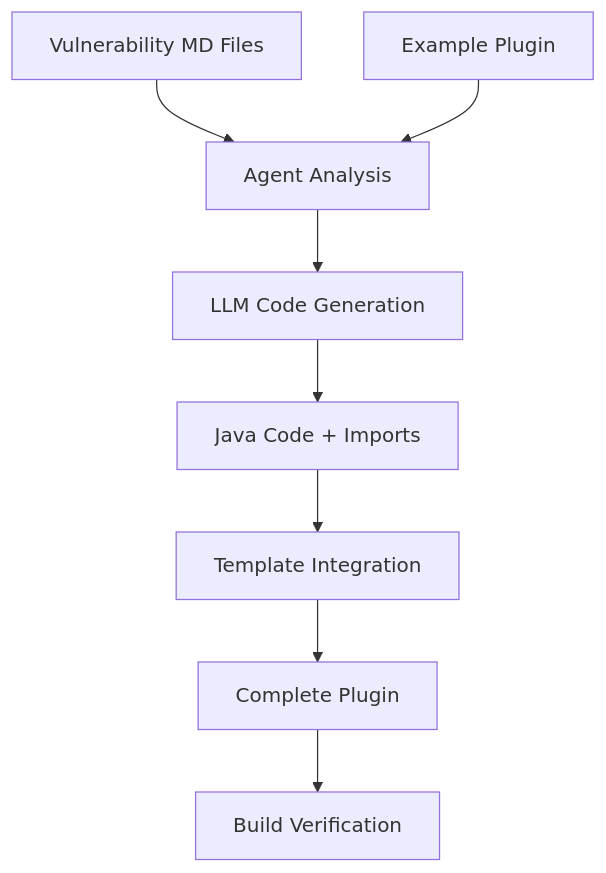
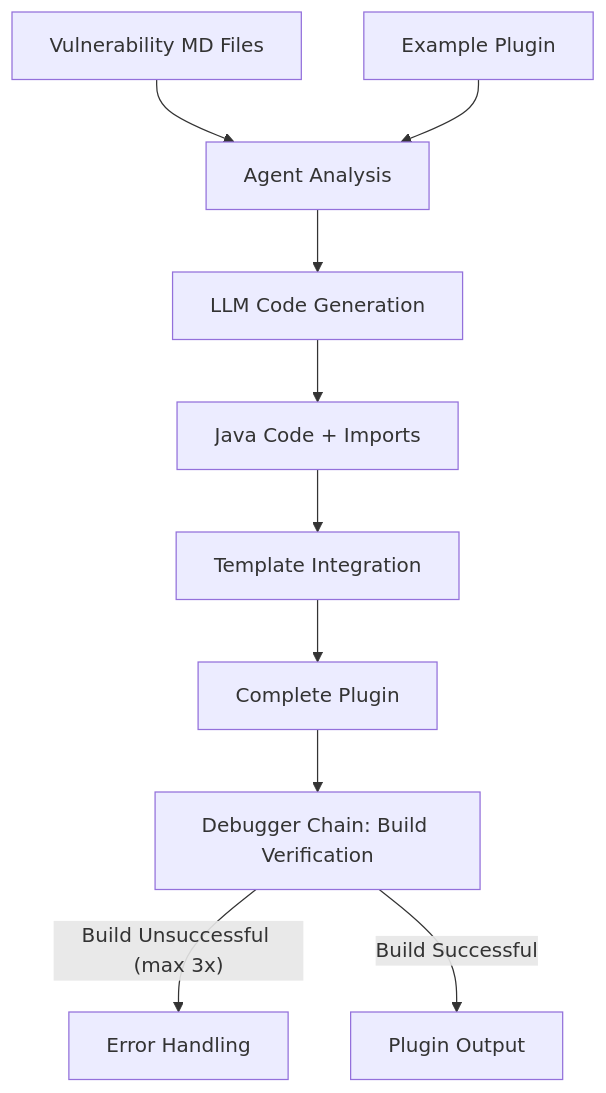
Before and after one commit to jlb-jlb/Tsunami-Agent: the diagram in README.md, drawn with Mermaid. The commit also changed other lines of this file, not shown here.

````diff
--- a/README.md
+++ b/README.md
@@ -101,10 +102,13 @@
 ```mermaid
 graph TD
     A[Vulnerability MD Files] --> B[Agent Analysis]
     C[Example Plugin] --> B
     B --> D[LLM Code Generation]
     D --> E[Java Code + Imports]
     E --> F[Template Integration]
     F --> G[Complete Plugin]
-    G --> H[Build Verification]
+    G --> H[Debugger Chain: Build Verification]
+    H -- "Build Unsuccessful (max 3x)" --> I[Error Handling]
+    H -- "Build Successful" --> J[Plugin Output]
+
 ```
````
